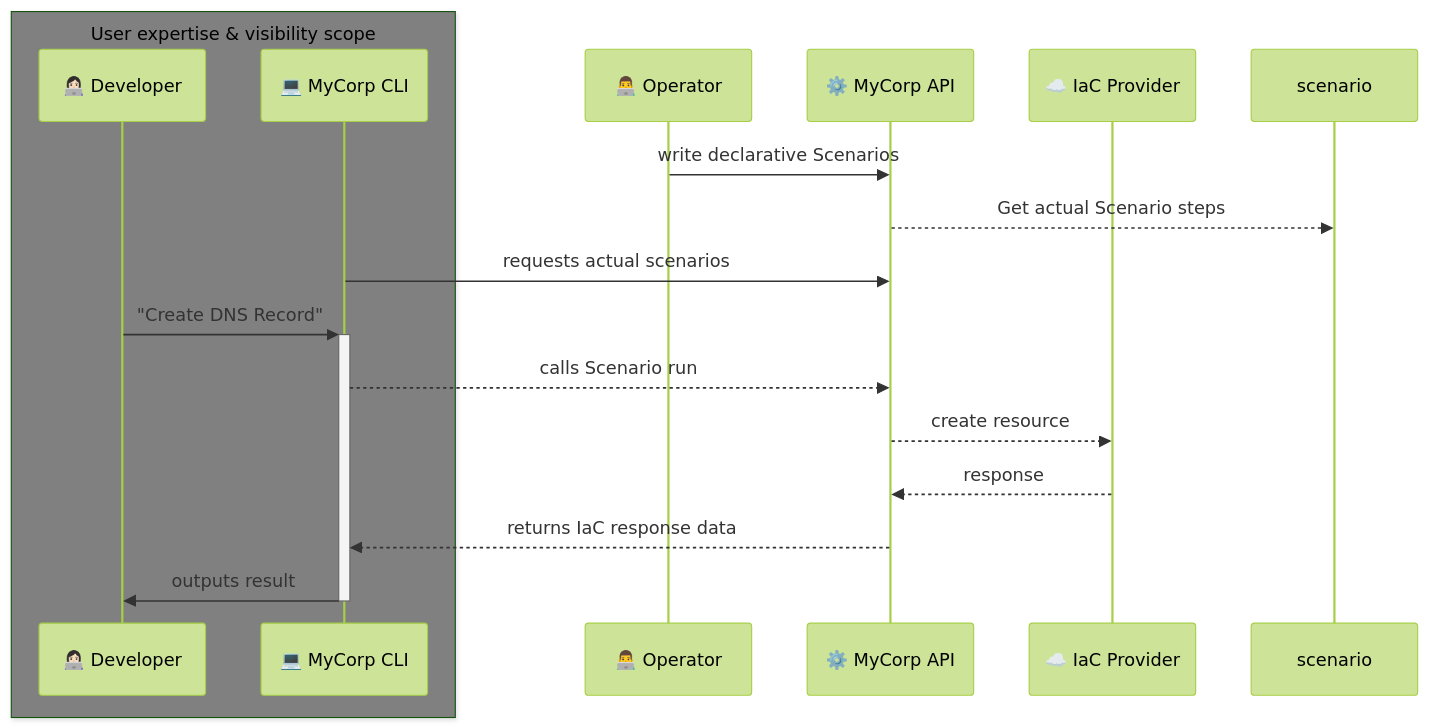
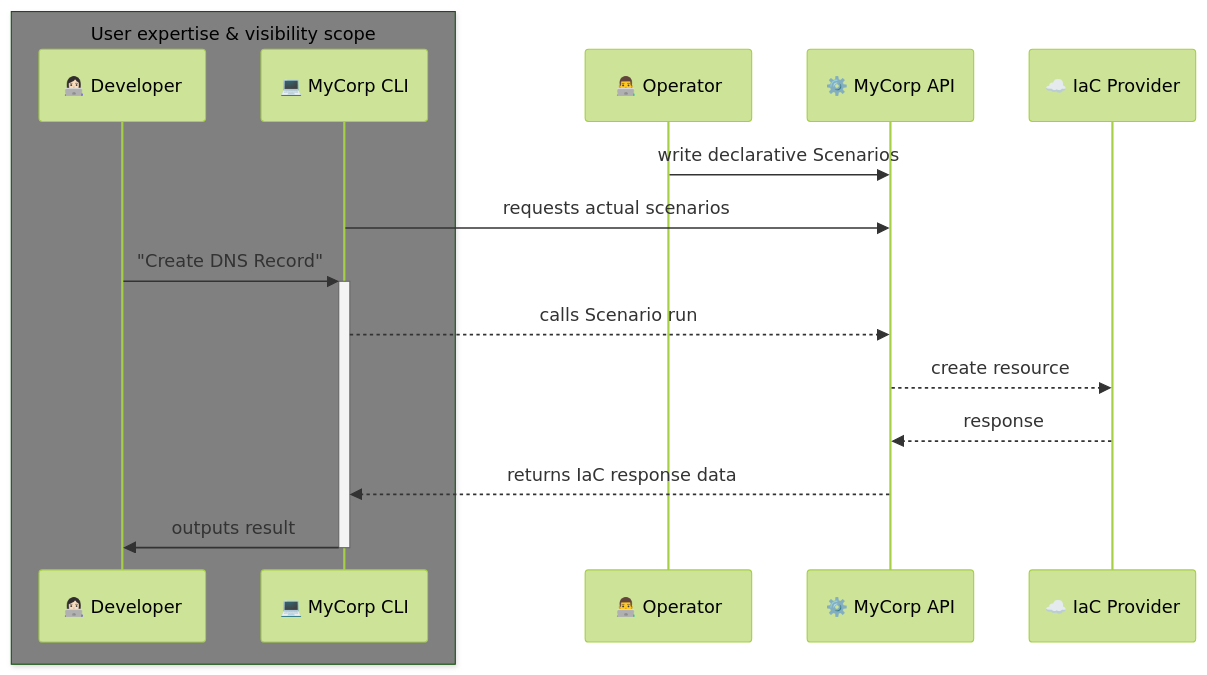
Before and after one commit to agrrh/mycorp: the diagram in README.md, drawn with Mermaid (forest theme).

Commit message:
docs: remove scenario block

````diff
--- a/README.md
+++ b/README.md
@@ -23,28 +23,27 @@
 ```mermaid
 sequenceDiagram
     box gray User expertise & visibility scope
         participant developer
         participant cli
     end
 
     participant developer as 👩🏻‍💻 Developer
     participant operator as 👨‍💻 Operator
 
     participant cli as 💻 MyCorp CLI
     participant api as ⚙️ MyCorp API
 
     participant iac as ☁️ IaC Provider
 
     %% Flow
 
     operator ->> api: write declarative Scenarios
-    api -->> scenario: Get actual Scenario steps
 
     cli ->> api: requests actual scenarios
     developer ->>+ cli: "Create DNS Record"
     cli -->> api: calls Scenario run
     api -->> iac: create resource
     iac -->> api: response
     api -->> cli: returns IaC response data
     cli ->>- developer: outputs result
 ```
````
